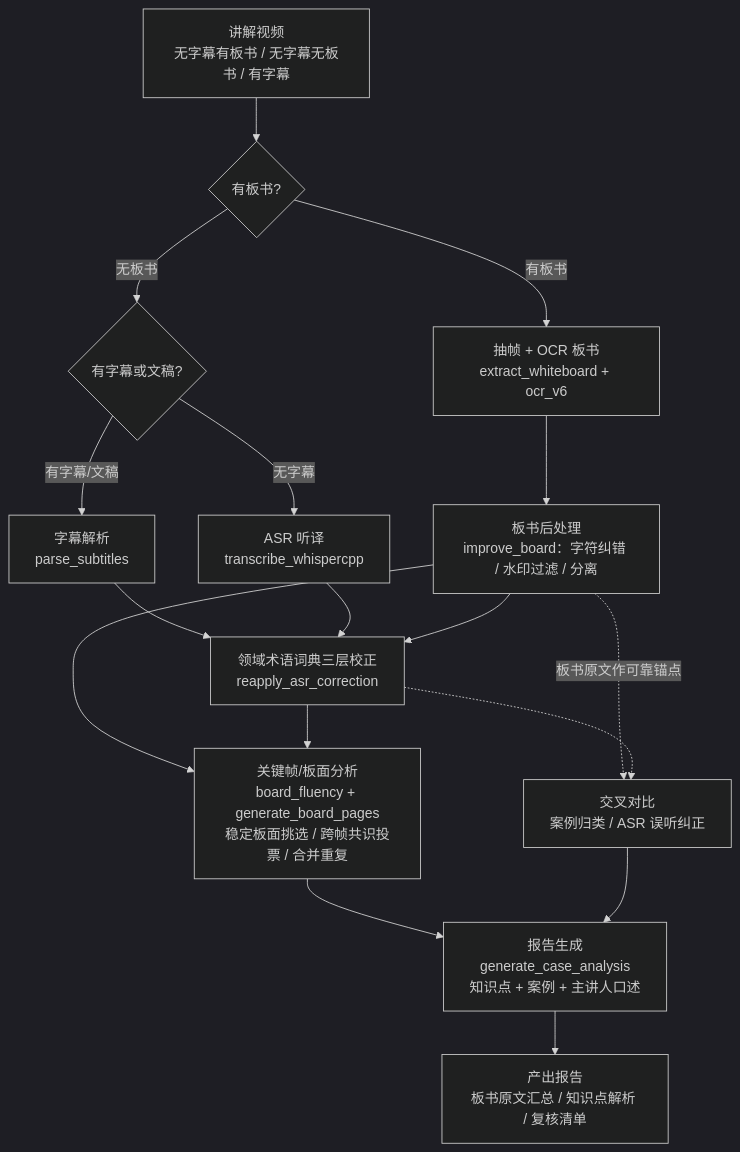
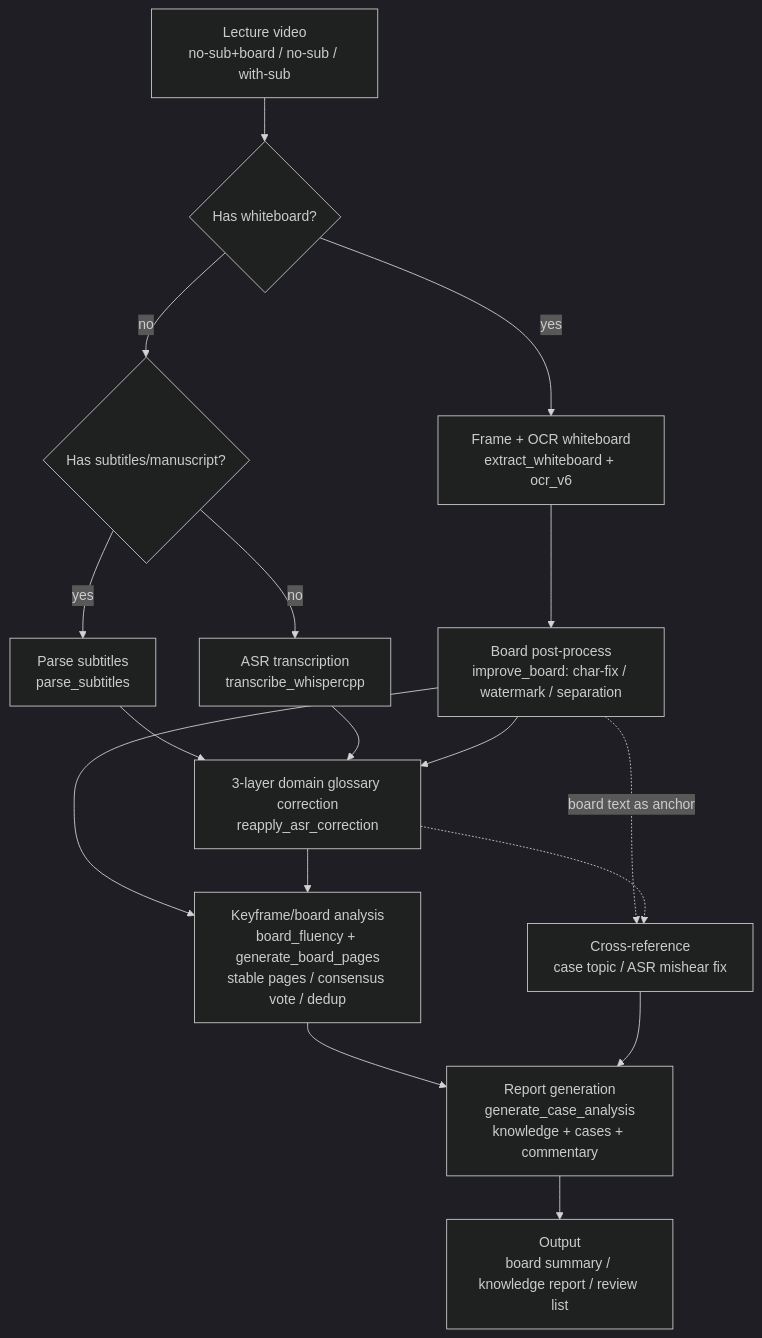
One commit to DeeLiuSol/video-course-ai changed the diagram in README.md. Above: the diagram before and after it, drawn with Mermaid (dark theme). The commit also changed other lines of this file and 1 other file, not shown here.

````diff
--- a/README.md
+++ b/README.md
@@ -68,19 +72,19 @@
 ```mermaid
 flowchart TD
-    A[讲解视频<br/>无字幕有板书 / 无字幕无板书 / 有字幕] --> B{有板书?}
-    B -->|有板书| C[抽帧 + OCR 板书<br/>extract_whiteboard + ocr_v6]
-    B -->|无板书| D{有字幕或文稿?}
-    C --> E[板书后处理<br/>improve_board：字符纠错 / 水印过滤 / 分离]
-    D -->|有字幕/文稿| F[字幕解析<br/>parse_subtitles]
-    D -->|无字幕| G[ASR 听译<br/>transcribe_whispercpp]
-    F --> H[领域术语词典三层校正<br/>reapply_asr_correction]
+    A[Lecture video<br/>no-sub+board / no-sub / with-sub] --> B{Has whiteboard?}
+    B -->|yes| C[Frame + OCR whiteboard<br/>extract_whiteboard + ocr_v6]
+    B -->|no| D{Has subtitles/manuscript?}
+    C --> E[Board post-process<br/>improve_board: char-fix / watermark / separation]
+    D -->|yes| F[Parse subtitles<br/>parse_subtitles]
+    D -->|no| G[ASR transcription<br/>transcribe_whispercpp]
+    F --> H[3-layer domain glossary correction<br/>reapply_asr_correction]
     G --> H
     E --> H
-    E --> I[关键帧/板面分析<br/>board_fluency + generate_board_pages<br/>稳定板面挑选 / 跨帧共识投票 / 合并重复]
+    E --> I[Keyframe/board analysis<br/>board_fluency + generate_board_pages<br/>stable pages / consensus vote / dedup]
     H --> I
-    E -.->|板书原文作可靠锚点| J[交叉对比<br/>案例归类 / ASR 误听纠正]
+    E -.->|board text as anchor| J[Cross-reference<br/>case topic / ASR mishear fix]
     H -.-> J
-    I --> K[报告生成<br/>generate_case_analysis<br/>知识点 + 案例 + 主讲人口述]
+    I --> K[Report generation<br/>generate_case_analysis<br/>knowledge + cases + commentary]
     J --> K
-    K --> L[产出报告<br/>板书原文汇总 / 知识点解析 / 复核清单]
+    K --> L[Output<br/>board summary / knowledge report / review list]
 ```
````
